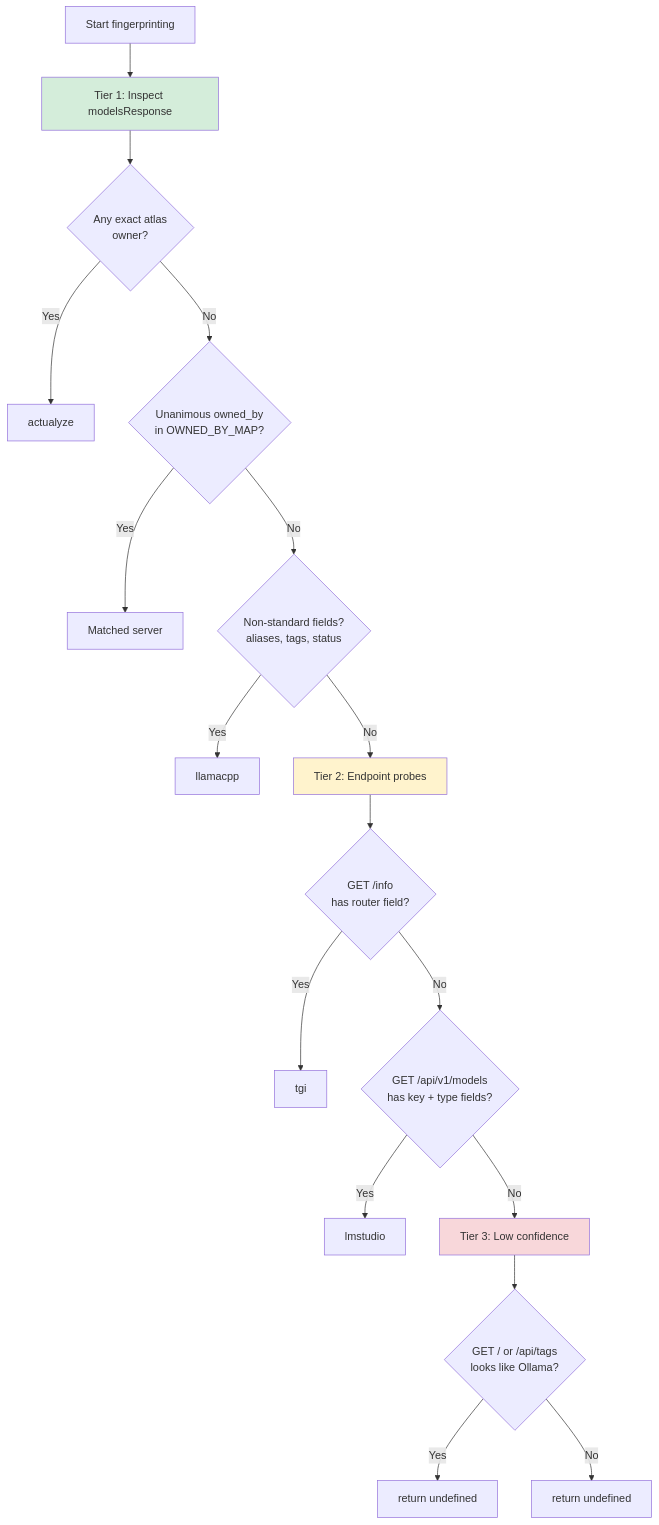
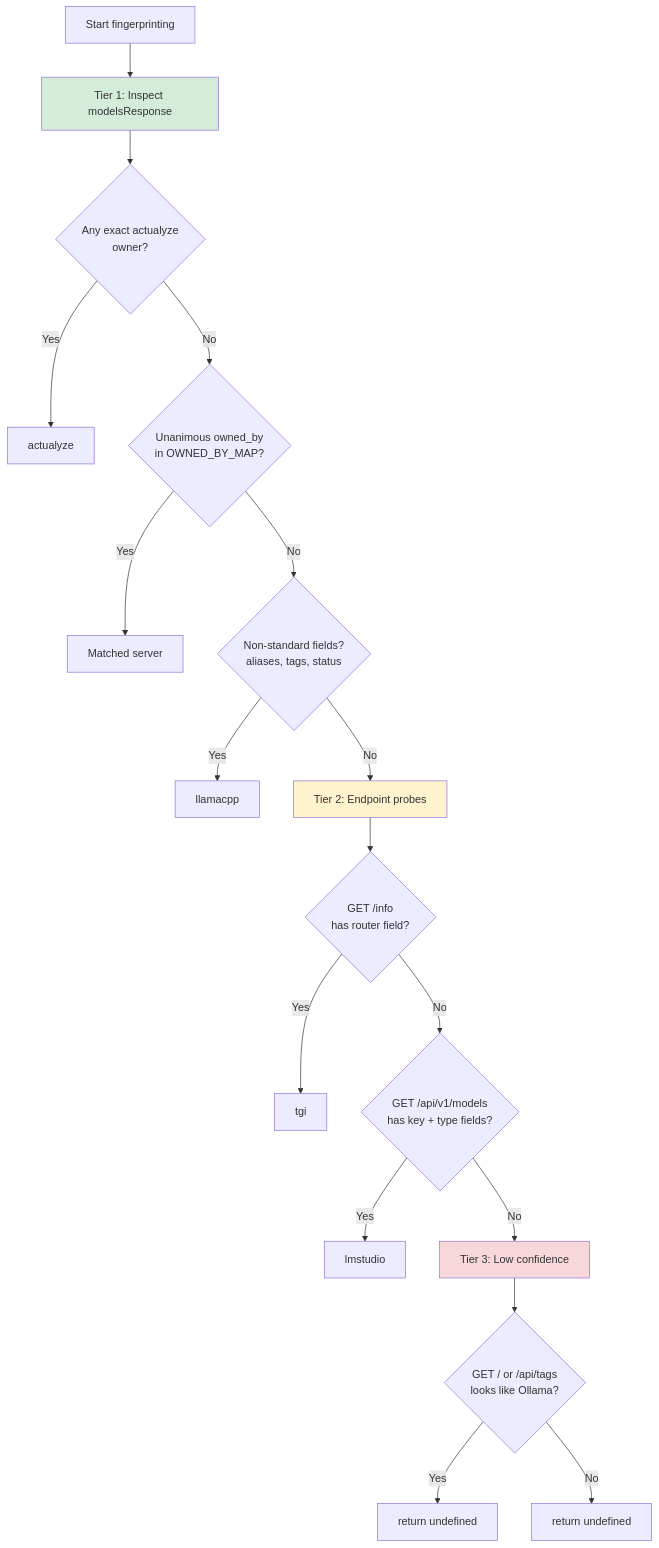
One commit to actualyze-ai/opencode-actualyze changed the fourth of 5 diagrams in CONTRIBUTING.md. Above: the diagram before and after it, drawn with Mermaid. The commit also changed other lines of this file and 7 other files, not shown here.

````diff
--- a/CONTRIBUTING.md
+++ b/CONTRIBUTING.md
@@ -193,23 +193,23 @@
 ```mermaid
 flowchart TD
     A["Start fingerprinting"] --> B["Tier 1: Inspect modelsResponse"]
-    B --> BA{"Any exact atlas<br/>owner?"}
+    B --> BA{"Any exact actualyze<br/>owner?"}
     BA -->|Yes| RA["actualyze"]
     BA -->|No| B1{"Unanimous owned_by<br/>in OWNED_BY_MAP?"}
     B1 -->|Yes| R2["Matched server"]
     B1 -->|No| B2{"Non-standard fields?<br/>aliases, tags, status"}
     B2 -->|Yes| R1["llamacpp"]
     B2 -->|No| C["Tier 2: Endpoint probes"]
     C --> C1{"GET /info<br/>has router field?"}
     C1 -->|Yes| R3["tgi"]
     C1 -->|No| C2{"GET /api/v1/models<br/>has key + type fields?"}
     C2 -->|Yes| R4["lmstudio"]
     C2 -->|No| D["Tier 3: Low confidence"]
     D --> D1{"GET / or /api/tags<br/>looks like Ollama?"}
     D1 -->|Yes| R5["return undefined"]
     D1 -->|No| R6["return undefined"]
 
     style B fill:#d4edda
     style C fill:#fff3cd
     style D fill:#f8d7da
 ```
````
